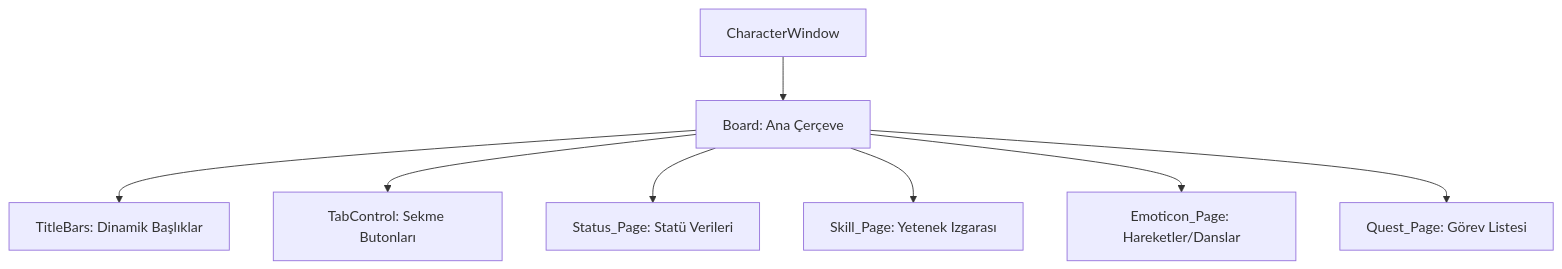
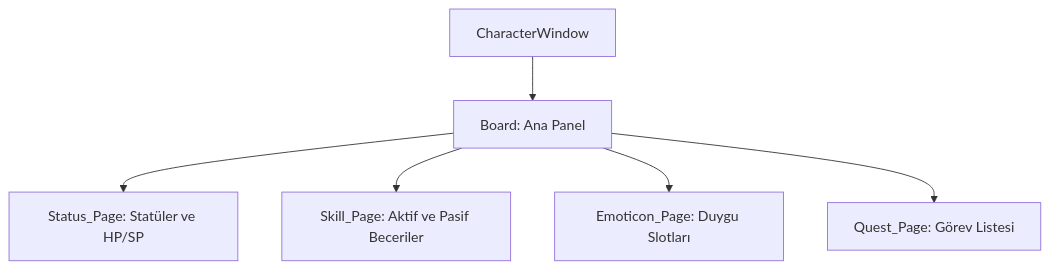
Before and after one commit to Engin622/Metin2-Pack-Agent-Skills: the diagram in uiscript/characterwindow/skills.md, drawn with Mermaid. The commit also changed other lines of this file and 10 other files, not shown here.

````diff
--- a/uiscript/characterwindow/skills.md
+++ b/uiscript/characterwindow/skills.md
@@ -45,10 +36,8 @@
 ```mermaid
 graph TD
-    A[CharacterWindow] --> B[Board: Ana Çerçeve]
-    B --> C[TitleBars: Dinamik Başlıklar]
-    B --> D[TabControl: Sekme Butonları]
-    B --> E[Status_Page: Statü Verileri]
-    B --> F[Skill_Page: Yetenek Izgarası]
-    B --> G[Emoticon_Page: Hareketler/Danslar]
-    B --> H[Quest_Page: Görev Listesi]
+    A[CharacterWindow] --> B[Board: Ana Panel]
+    B --> C[Status_Page: Statüler ve HP/SP]
+    B --> D[Skill_Page: Aktif ve Pasif Beceriler]
+    B --> E[Emoticon_Page: Duygu Slotları]
+    B --> F[Quest_Page: Görev Listesi]
 ```
````
